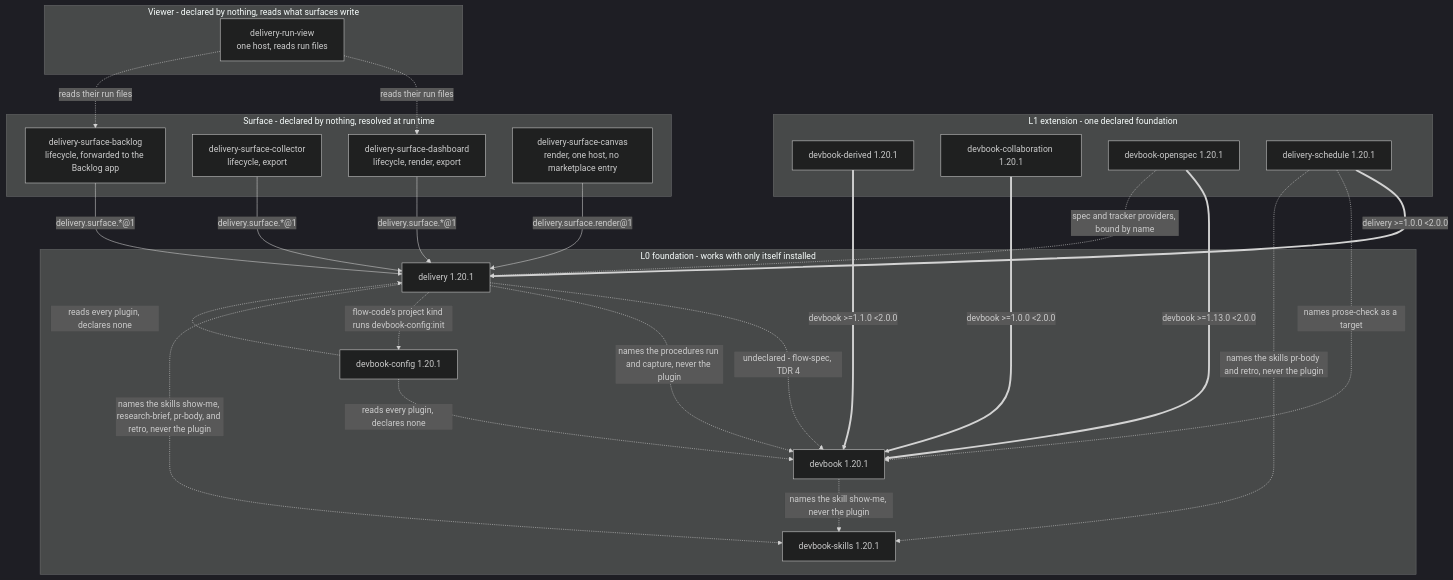
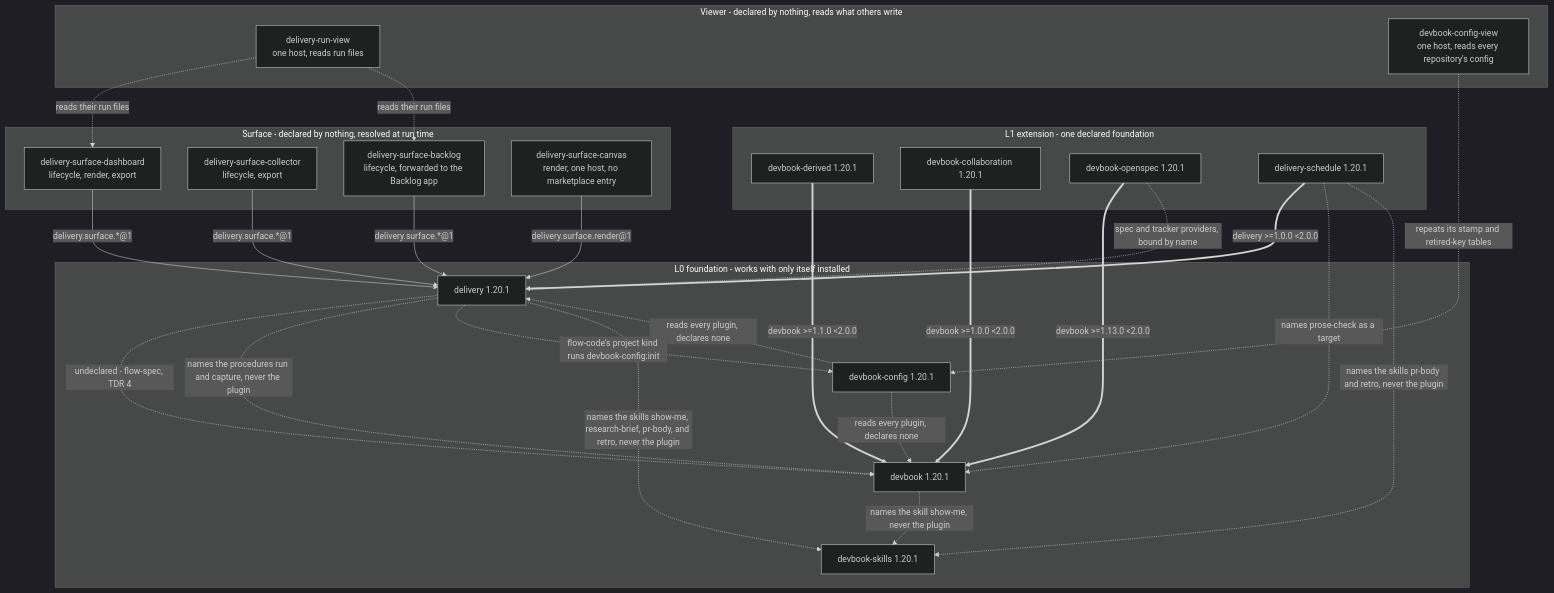
The first of 3 diagrams in .devbook/arc42/05-building-block-view.md (JSdotNet/ai-agent-stack), drawn with Mermaid (dark theme) before and after one commit. The commit also changed other lines of this file and 12 other files, not shown here.

First line of the commit message:
devbook-config-view: /rollout pane for the stack across local repositories

````diff
--- a/.devbook/arc42/05-building-block-view.md
+++ b/.devbook/arc42/05-building-block-view.md
@@ -29,50 +29,52 @@
 ```mermaid
 flowchart TB
     subgraph L0["L0 foundation - works with only itself installed"]
         DEV["devbook 1.20.1"]
         DEL["delivery 1.20.1"]
         CFG["devbook-config 1.20.1"]
         SKL["devbook-skills 1.20.1"]
     end
 
     subgraph L1["L1 extension - one declared foundation"]
         DBD["devbook-derived 1.20.1"]
         DBC["devbook-collaboration 1.20.1"]
         DOS["devbook-openspec 1.20.1"]
         SCH["delivery-schedule 1.20.1"]
     end
 
     subgraph SURF["Surface - declared by nothing, resolved at run time"]
         SD["delivery-surface-dashboard<br/>lifecycle, render, export"]
         SL["delivery-surface-collector<br/>lifecycle, export"]
         SB["delivery-surface-backlog<br/>lifecycle, forwarded to the Backlog app"]
         SC["delivery-surface-canvas<br/>render, one host, no marketplace entry"]
     end
 
-    subgraph VIEW["Viewer - declared by nothing, reads what surfaces write"]
+    subgraph VIEW["Viewer - declared by nothing, reads what others write"]
         RV["delivery-run-view<br/>one host, reads run files"]
+        CV["devbook-config-view<br/>one host, reads every repository's config"]
     end
 
     DBD ==>|"devbook >=1.1.0 &lt;2.0.0"| DEV
     DBC ==>|"devbook >=1.0.0 &lt;2.0.0"| DEV
     DOS ==>|"devbook >=1.13.0 &lt;2.0.0"| DEV
     SCH ==>|"delivery >=1.0.0 &lt;2.0.0"| DEL
 
     SD -->|"delivery.surface.*@1"| DEL
     SL -->|"delivery.surface.*@1"| DEL
     SB -->|"delivery.surface.*@1"| DEL
     SC -->|"delivery.surface.render@1"| DEL
     RV -.->|"reads their run files"| SD
     RV -.->|"reads their run files"| SB
+    CV -.->|"repeats its stamp and retired-key tables"| CFG
 
     SCH -.->|"names prose-check as a target"| DEV
     DEL -.->|"undeclared - flow-spec, TDR 4"| DEV
     DEL -.->|"names the procedures run and capture, never the plugin"| DEV
     CFG -.->|"reads every plugin, declares none"| DEV
     CFG -.->|"reads every plugin, declares none"| DEL
     DEL -.->|"flow-code's project kind runs devbook-config:init"| CFG
     DOS -.->|"spec and tracker providers, bound by name"| DEL
     DEV -.->|"names the skill show-me, never the plugin"| SKL
     DEL -.->|"names the skills show-me, research-brief, pr-body, and retro, never the plugin"| SKL
     SCH -.->|"names the skills pr-body and retro, never the plugin"| SKL
 ```
````
